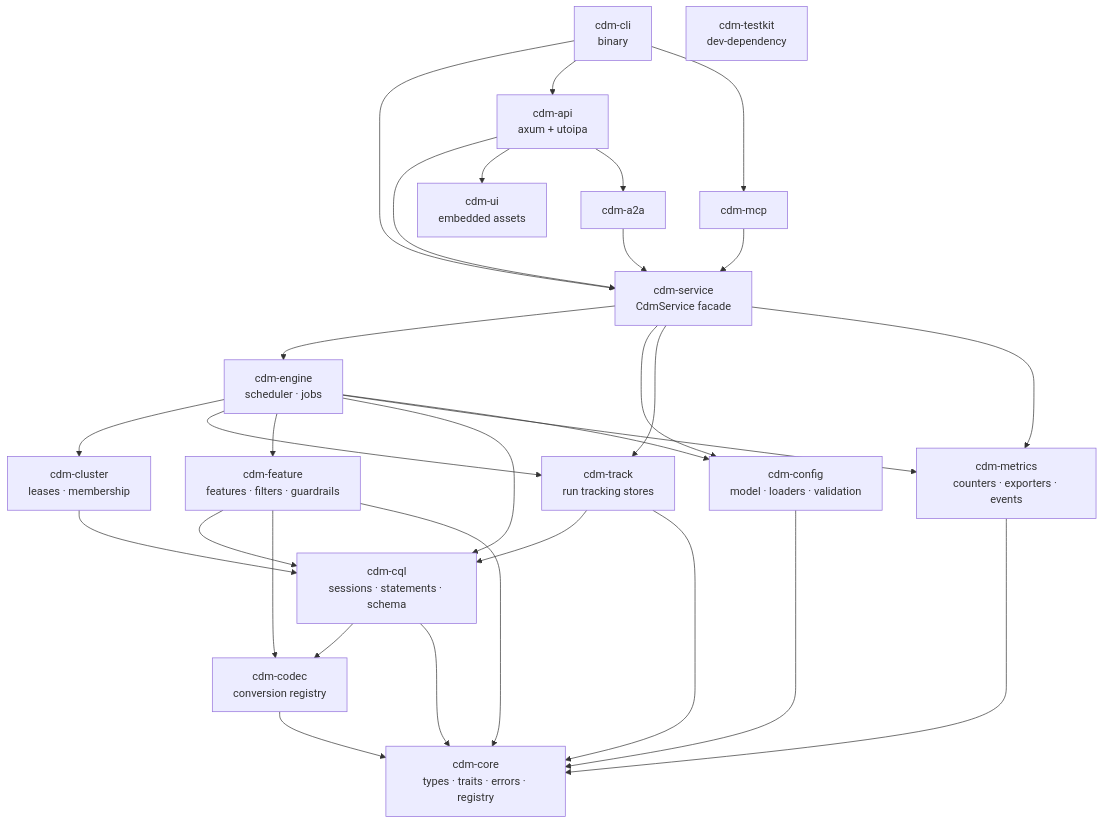
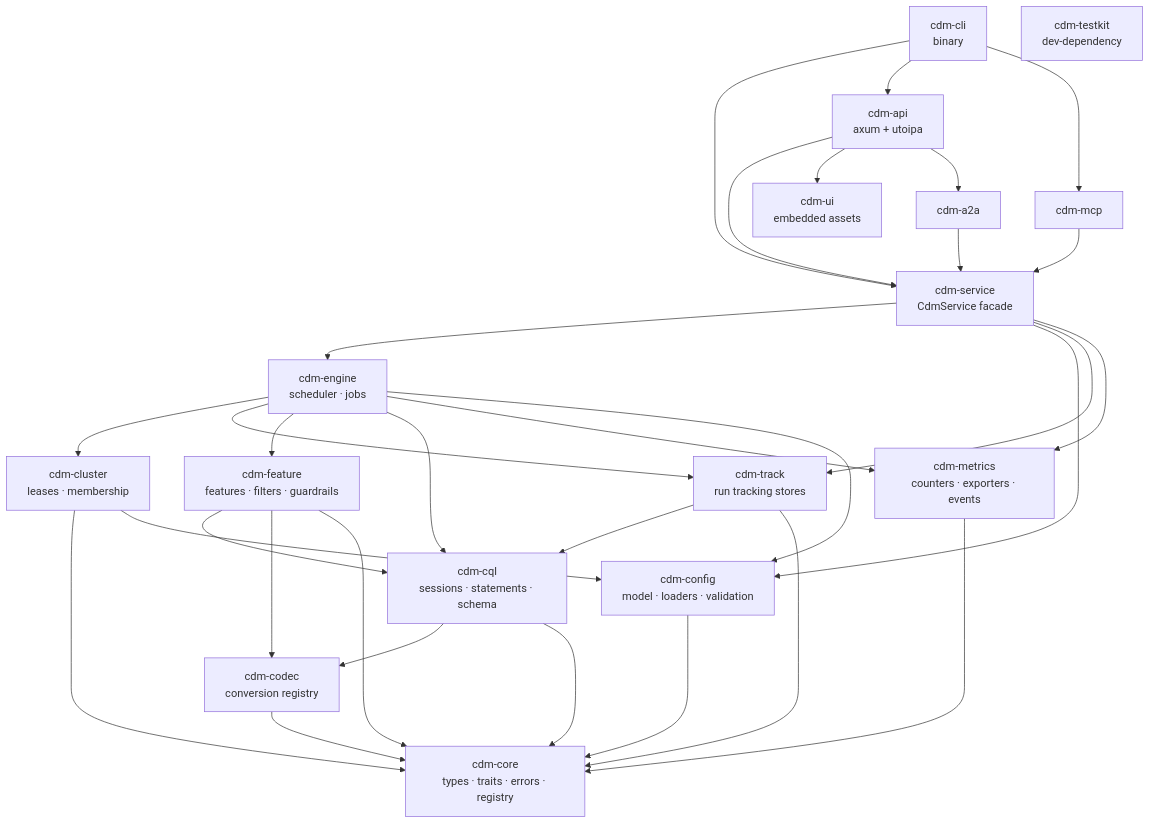
One commit to msmygit/cdm-rs changed the second of 18 diagrams in docs/ARCHITECTURE.md. Above: the diagram before and after it, drawn with Mermaid. The commit also changed other lines of this file and 22 other files, not shown here.

````diff
--- a/docs/ARCHITECTURE.md
+++ b/docs/ARCHITECTURE.md
@@ -74,52 +74,53 @@
 ```mermaid
 graph TD
     CLI[cdm-cli<br/>binary]
     API[cdm-api<br/>axum + utoipa]
     MCP[cdm-mcp]
     A2A[cdm-a2a]
     UI[cdm-ui<br/>embedded assets]
 
     SVC[cdm-service<br/>CdmService facade]
     ENG[cdm-engine<br/>scheduler · jobs]
     CLUST[cdm-cluster<br/>leases · membership]
     TRACK[cdm-track<br/>run tracking stores]
     FEAT[cdm-feature<br/>features · filters · guardrails]
     CQL[cdm-cql<br/>sessions · statements · schema]
     CODEC[cdm-codec<br/>conversion registry]
     METR[cdm-metrics<br/>counters · exporters · events]
     CONF[cdm-config<br/>model · loaders · validation]
     CORE[cdm-core<br/>types · traits · errors · registry]
     TK[cdm-testkit<br/>dev-dependency]
 
     CLI --> SVC
     CLI --> API
     CLI --> MCP
     API --> SVC
     API --> UI
     MCP --> SVC
     A2A --> SVC
     API --> A2A
 
     SVC --> ENG
     SVC --> CONF
     SVC --> TRACK
     SVC --> METR
 
     ENG --> CLUST
     ENG --> TRACK
     ENG --> FEAT
     ENG --> CQL
     ENG --> METR
-    CLUST --> CQL
+    CLUST --> CORE
+    CLUST --> CONF
     TRACK --> CQL
     FEAT --> CQL
     FEAT --> CODEC
     CQL --> CODEC
     CQL --> CORE
     CODEC --> CORE
     CONF --> CORE
     METR --> CORE
     TRACK --> CORE
     FEAT --> CORE
     ENG --> CONF
 ```
````
